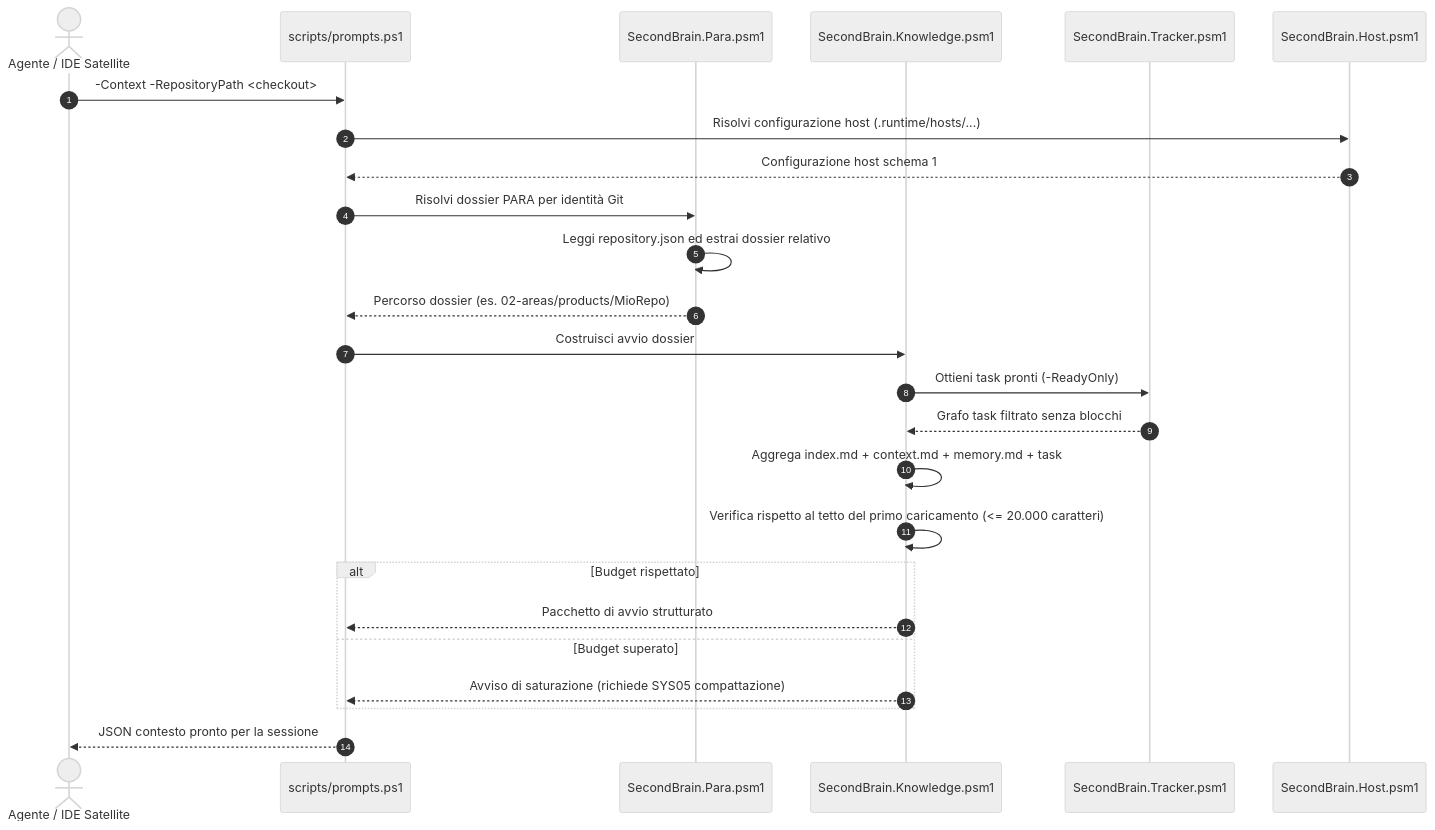
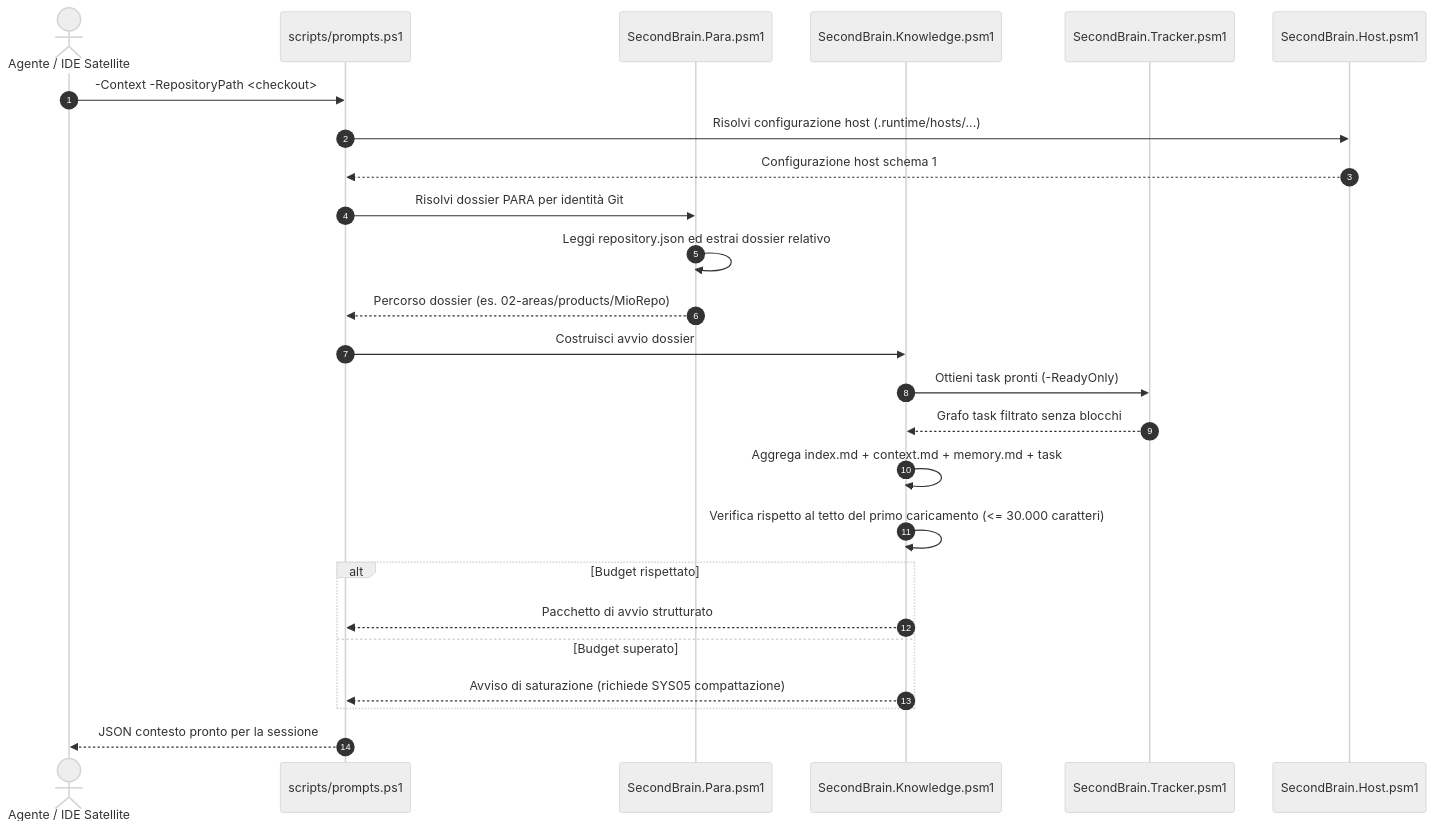
The third of 7 diagrams in docs/riferimento/architecture.md (dennidalpos/secondbrain), drawn with Mermaid (neutral theme) before and after one commit. The commit also changed other lines of this file and 55 other files, not shown here.

````diff
--- a/docs/riferimento/architecture.md
+++ b/docs/riferimento/architecture.md
@@ -99,28 +99,28 @@
 ```mermaid
 sequenceDiagram
     autonumber
     actor Developer as Agente / IDE Satellite
     participant PromptsCLI as scripts/prompts.ps1
     participant ParaMod as SecondBrain.Para.psm1
     participant KnowledgeMod as SecondBrain.Knowledge.psm1
     participant TrackerMod as SecondBrain.Tracker.psm1
     participant HostMod as SecondBrain.Host.psm1
 
     Developer->>PromptsCLI: -Context -RepositoryPath <checkout>
     PromptsCLI->>HostMod: Risolvi configurazione host (.runtime/hosts/...)
     HostMod-->>PromptsCLI: Configurazione host schema 1
     PromptsCLI->>ParaMod: Risolvi dossier PARA per identità Git
     ParaMod->>ParaMod: Leggi repository.json ed estrai dossier relativo
     ParaMod-->>PromptsCLI: Percorso dossier (es. 02-areas/products/MioRepo)
     PromptsCLI->>KnowledgeMod: Costruisci avvio dossier
     KnowledgeMod->>TrackerMod: Ottieni task pronti (-ReadyOnly)
     TrackerMod-->>KnowledgeMod: Grafo task filtrato senza blocchi
     KnowledgeMod->>KnowledgeMod: Aggrega index.md + context.md + memory.md + task
-    KnowledgeMod->>KnowledgeMod: Verifica rispetto al tetto del primo caricamento (<= 20.000 caratteri)
+    KnowledgeMod->>KnowledgeMod: Verifica rispetto al tetto del primo caricamento (<= 30.000 caratteri)
     alt Budget rispettato
         KnowledgeMod-->>PromptsCLI: Pacchetto di avvio strutturato
     else Budget superato
         KnowledgeMod-->>PromptsCLI: Avviso di saturazione (richiede SYS05 compattazione)
     end
     PromptsCLI-->>Developer: JSON contesto pronto per la sessione
 ```
````
